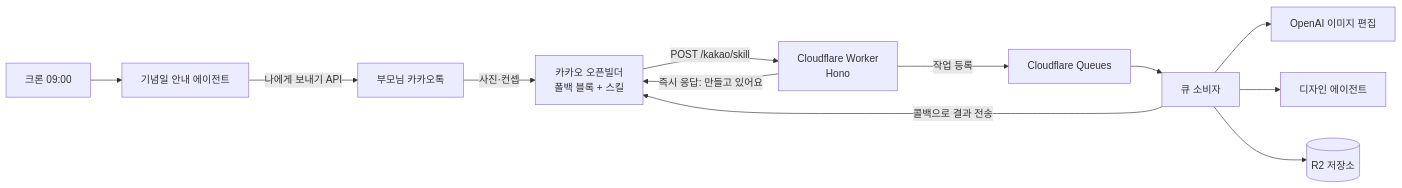
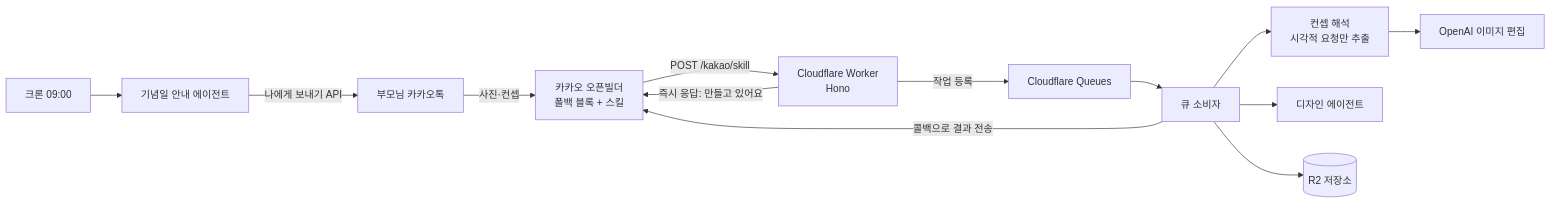
Before and after one commit to BathwithRadio/Mountain_dog_assistant: the third of 3 diagrams in README.md, drawn with Mermaid. The commit also changed other lines of this file and 8 other files, not shown here.

````diff
--- a/README.md
+++ b/README.md
@@ -135,14 +136,14 @@
 ```mermaid
 flowchart LR
   U[부모님 카카오톡] -->|사진·컨셉| K[카카오 오픈빌더<br/>폴백 블록 + 스킬]
   K -->|POST /kakao/skill| W[Cloudflare Worker<br/>Hono]
   W -->|즉시 응답: 만들고 있어요| K
   W -->|작업 등록| Q[Cloudflare Queues]
   Q --> J[큐 소비자]
-  J --> O[OpenAI 이미지 편집]
+  J --> VC[컨셉 해석<br/>시각적 요청만 추출] --> O[OpenAI 이미지 편집]
   J --> DA[디자인 에이전트]
   J --> R[(R2 저장소)]
   J -->|콜백으로 결과 전송| K
   CR[크론 09:00] --> RA[기념일 안내 에이전트]
   RA -->|나에게 보내기 API| U
 ```
````
